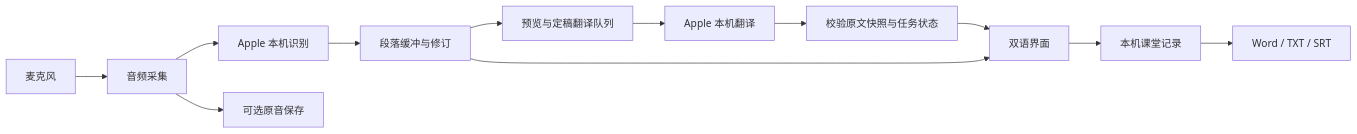
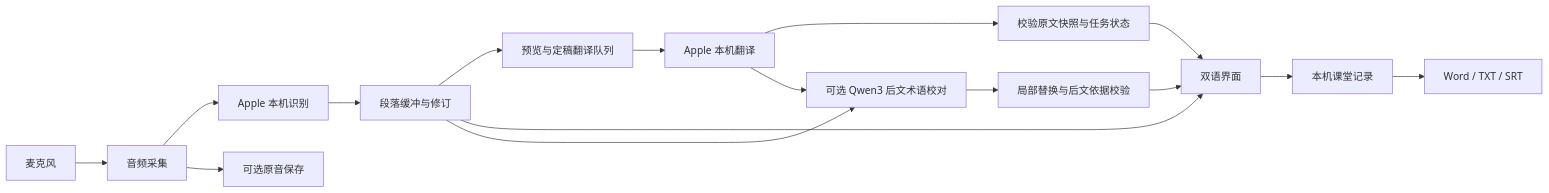
The diagram in README.md (he257743/class-scribe), drawn with Mermaid before and after one commit. The commit also changed other lines of this file and 26 other files, not shown here.

````diff
--- a/README.md
+++ b/README.md
@@ -40,14 +43,18 @@
 ```mermaid
 flowchart LR
     Mic[麦克风] --> Capture[音频采集]
     Capture --> Speech[Apple 本机识别]
     Capture --> Audio[可选原音保存]
     Speech --> Paragraph[段落缓冲与修订]
     Paragraph --> Queue[预览与定稿翻译队列]
     Queue --> Translation[Apple 本机翻译]
     Translation --> Check[校验原文快照与任务状态]
     Check --> UI[双语界面]
     Paragraph --> UI
+    Paragraph --> Context[可选 Qwen3 后文术语校对]
+    Translation --> Context
+    Context --> Guard[局部替换与后文依据校验]
+    Guard --> UI
     UI --> Store[本机课堂记录]
     Store --> Export[Word / TXT / SRT]
 ```
````
